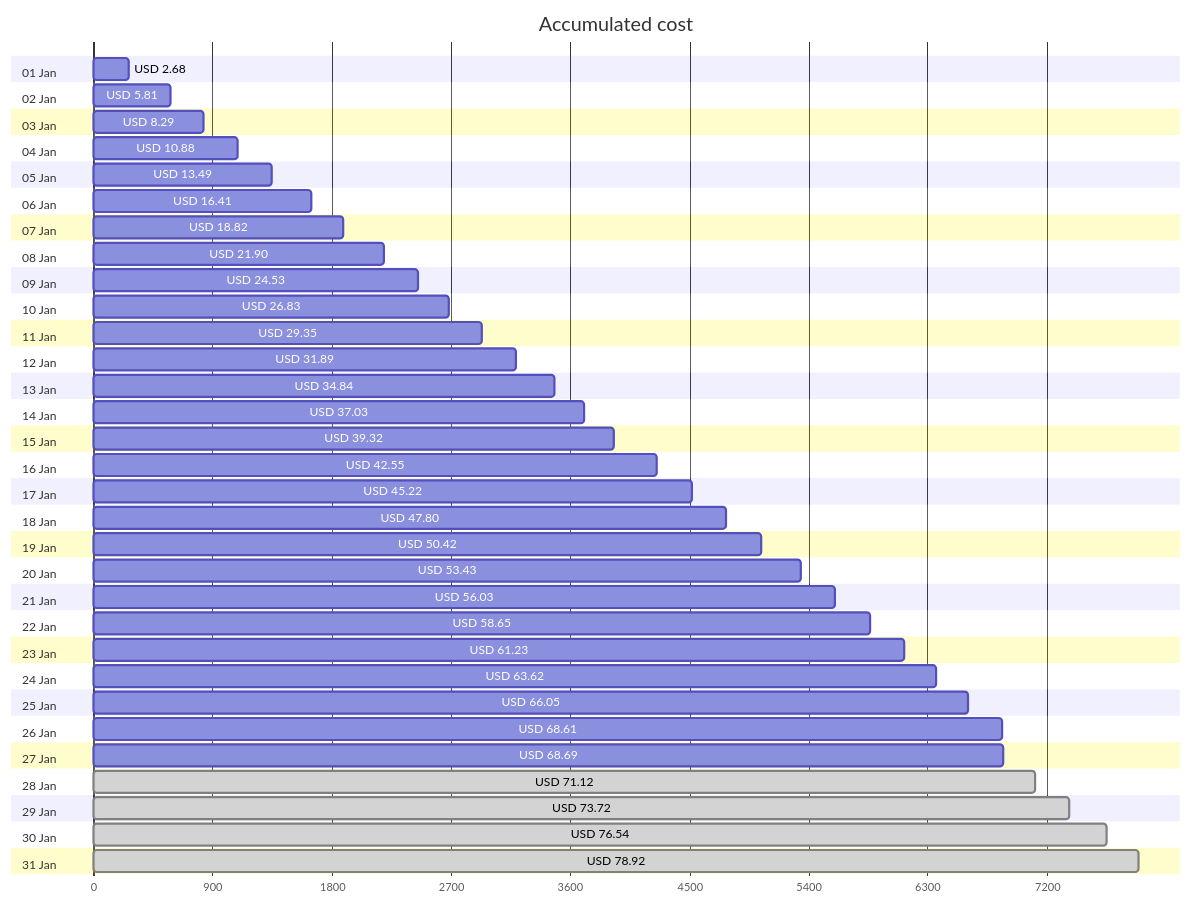
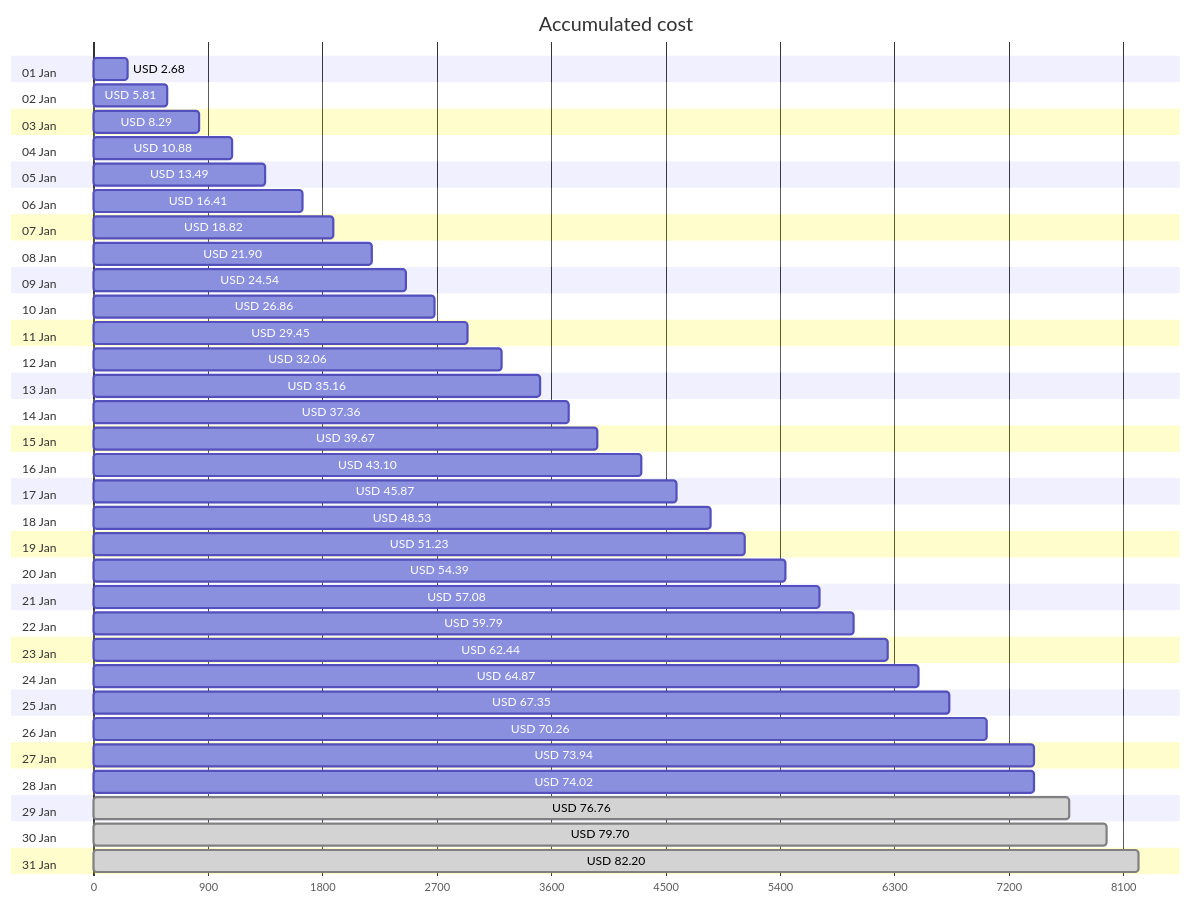
One commit to jpfulton/azure-personal-reports changed the first of 4 diagrams in cost-reports/accumulated-cost.md. Above: the diagram before and after it, drawn with Mermaid. The commit also changed other lines of this file and 4 other files, not shown here.

````diff
--- a/cost-reports/accumulated-cost.md
+++ b/cost-reports/accumulated-cost.md
@@ -20,68 +20,68 @@
 ```mermaid
 gantt
    title Accumulated cost
    dateFormat  X
    axisFormat %s
    section 01 Jan
    USD 2.68 :0, 268
    section 02 Jan
    USD 5.81 :0, 581
    section 03 Jan
    USD 8.29 :0, 829
    section 04 Jan
    USD 10.88 :0, 1088
    section 05 Jan
    USD 13.49 :0, 1349
    section 06 Jan
    USD 16.41 :0, 1641
    section 07 Jan
    USD 18.82 :0, 1882
    section 08 Jan
    USD 21.90 :0, 2190
    section 09 Jan
-   USD 24.53 :0, 2453
+   USD 24.54 :0, 2454
    section 10 Jan
-   USD 26.83 :0, 2683
+   USD 26.86 :0, 2686
    section 11 Jan
-   USD 29.35 :0, 2935
+   USD 29.45 :0, 2945
    section 12 Jan
-   USD 31.89 :0, 3189
+   USD 32.06 :0, 3206
    section 13 Jan
-   USD 34.84 :0, 3484
+   USD 35.16 :0, 3516
    section 14 Jan
-   USD 37.03 :0, 3703
+   USD 37.36 :0, 3736
    section 15 Jan
-   USD 39.32 :0, 3932
+   USD 39.67 :0, 3967
    section 16 Jan
-   USD 42.55 :0, 4255
+   USD 43.10 :0, 4310
    section 17 Jan
-   USD 45.22 :0, 4522
+   USD 45.87 :0, 4587
    section 18 Jan
-   USD 47.80 :0, 4780
+   USD 48.53 :0, 4853
    section 19 Jan
-   USD 50.42 :0, 5042
+   USD 51.23 :0, 5123
    section 20 Jan
-   USD 53.43 :0, 5343
+   USD 54.39 :0, 5439
    section 21 Jan
-   USD 56.03 :0, 5603
+   USD 57.08 :0, 5708
    section 22 Jan
-   USD 58.65 :0, 5865
+   USD 59.79 :0, 5979
    section 23 Jan
-   USD 61.23 :0, 6123
+   USD 62.44 :0, 6244
    section 24 Jan
-   USD 63.62 :0, 6362
+   USD 64.87 :0, 6487
    section 25 Jan
-   USD 66.05 :0, 6605
+   USD 67.35 :0, 6735
    section 26 Jan
-   USD 68.61 :0, 6861
+   USD 70.26 :0, 7026
    section 27 Jan
-   USD 68.69 :0, 6869
+   USD 73.94 :0, 7394
    section 28 Jan
-   USD 71.12 : done, 0, 7112
+   USD 74.02 :0, 7402
    section 29 Jan
-   USD 73.72 : done, 0, 7372
+   USD 76.76 : done, 0, 7676
    section 30 Jan
-   USD 76.54 : done, 0, 7654
+   USD 79.70 : done, 0, 7970
    section 31 Jan
-   USD 78.92 : done, 0, 7892
+   USD 82.20 : done, 0, 8220
 ```
````
